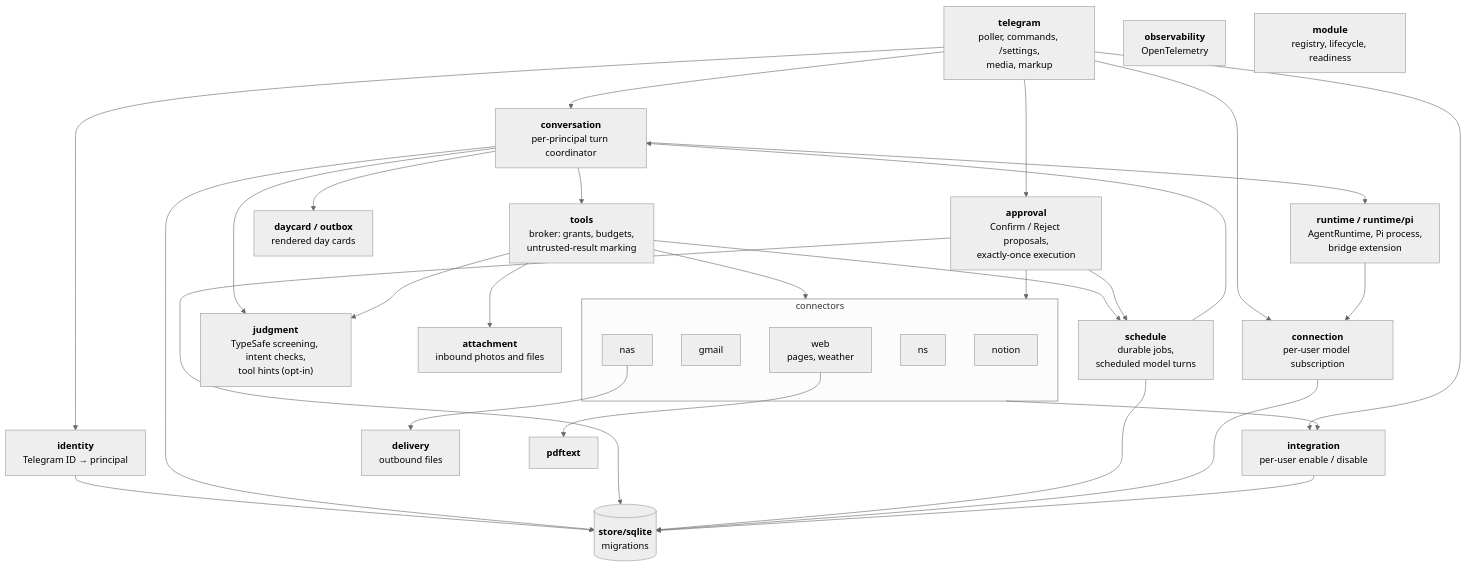
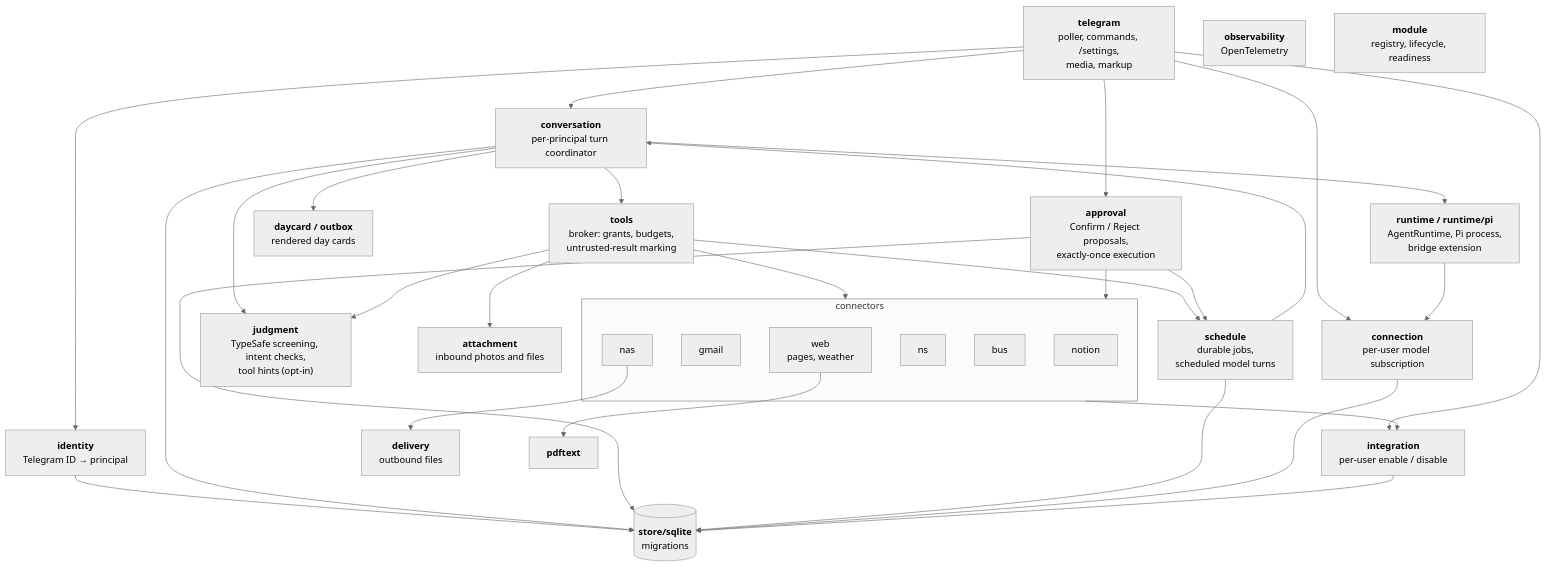
Before and after one commit to vladar107/home-ai-assistant: the third of 3 diagrams in docs/architecture.md, drawn with Mermaid (neutral theme). The commit also changed other lines of this file and 33 other files, not shown here.

````diff
--- a/docs/architecture.md
+++ b/docs/architecture.md
@@ -92,51 +96,52 @@
 ```mermaid
 flowchart TB
     tg["<b>telegram</b><br/>poller, commands, /settings,<br/>media, markup"]
     identity["<b>identity</b><br/>Telegram ID → principal"]
     conv["<b>conversation</b><br/>per-principal turn coordinator"]
     runtime["<b>runtime / runtime/pi</b><br/>AgentRuntime, Pi process,<br/>bridge extension"]
     connection["<b>connection</b><br/>per-user model subscription"]
     broker["<b>tools</b><br/>broker: grants, budgets,<br/>untrusted-result marking"]
     approval["<b>approval</b><br/>Confirm / Reject proposals,<br/>exactly-once execution"]
     schedule["<b>schedule</b><br/>durable jobs,<br/>scheduled model turns"]
     judgment["<b>judgment</b><br/>TypeSafe screening, intent checks,<br/>tool hints (opt-in)"]
     integration["<b>integration</b><br/>per-user enable / disable"]
     attach["<b>attachment</b><br/>inbound photos and files"]
     delivery["<b>delivery</b><br/>outbound files"]
     card["<b>daycard / outbox</b><br/>rendered day cards"]
     pdf["<b>pdftext</b>"]
 
     subgraph connectors["connectors"]
         notion["notion"]
         gmail["gmail"]
         nasc["nas"]
         nsc["ns"]
+        busc["bus"]
         web["web<br/>pages, weather"]
     end
 
     store[("<b>store/sqlite</b><br/>migrations")]
     obs["<b>observability</b><br/>OpenTelemetry"]
     module["<b>module</b><br/>registry, lifecycle, readiness"]
 
     tg --> identity
     tg --> conv
     tg --> connection
     tg --> integration
     tg --> approval
     conv --> runtime
     conv --> broker
     conv --> card
     conv --> judgment
     runtime --> connection
     broker --> connectors
     broker --> attach
     broker --> schedule
     broker --> judgment
     approval --> connectors
     approval --> schedule
     schedule --> conv
     nasc --> delivery
     web --> pdf
     connectors --> integration
     identity & conv & approval & schedule & connection & integration --> store
 ```
````
